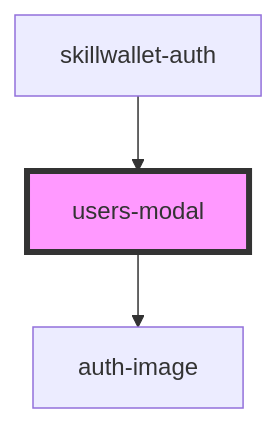
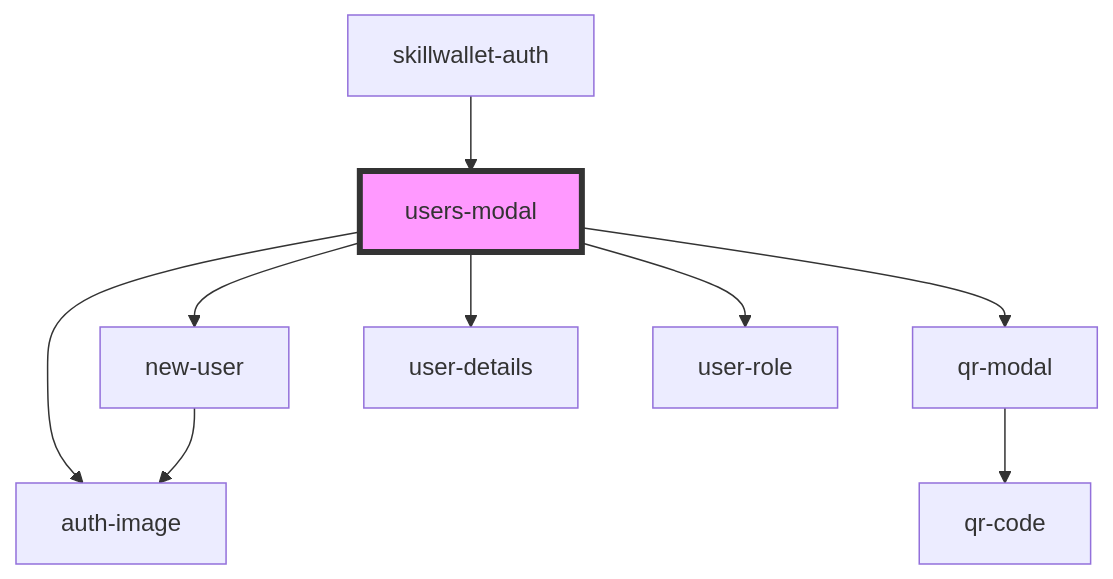
Before and after one commit to SkillWallet/auth: the diagram in src/components/skillwallet-auth/readme.md, drawn with Mermaid. The commit also changed other lines of this file and 1 other file, not shown here.

````diff
--- a/src/components/skillwallet-auth/readme.md
+++ b/src/components/skillwallet-auth/readme.md
@@ -26,6 +30,12 @@
 ```mermaid
 graph TD;
   users-modal --> auth-image
+  users-modal --> qr-modal
+  users-modal --> new-user
+  users-modal --> user-details
+  users-modal --> user-role
+  qr-modal --> qr-code
+  new-user --> auth-image
   skillwallet-auth --> users-modal
   style users-modal fill:#f9f,stroke:#333,stroke-width:4px
 ```
````
